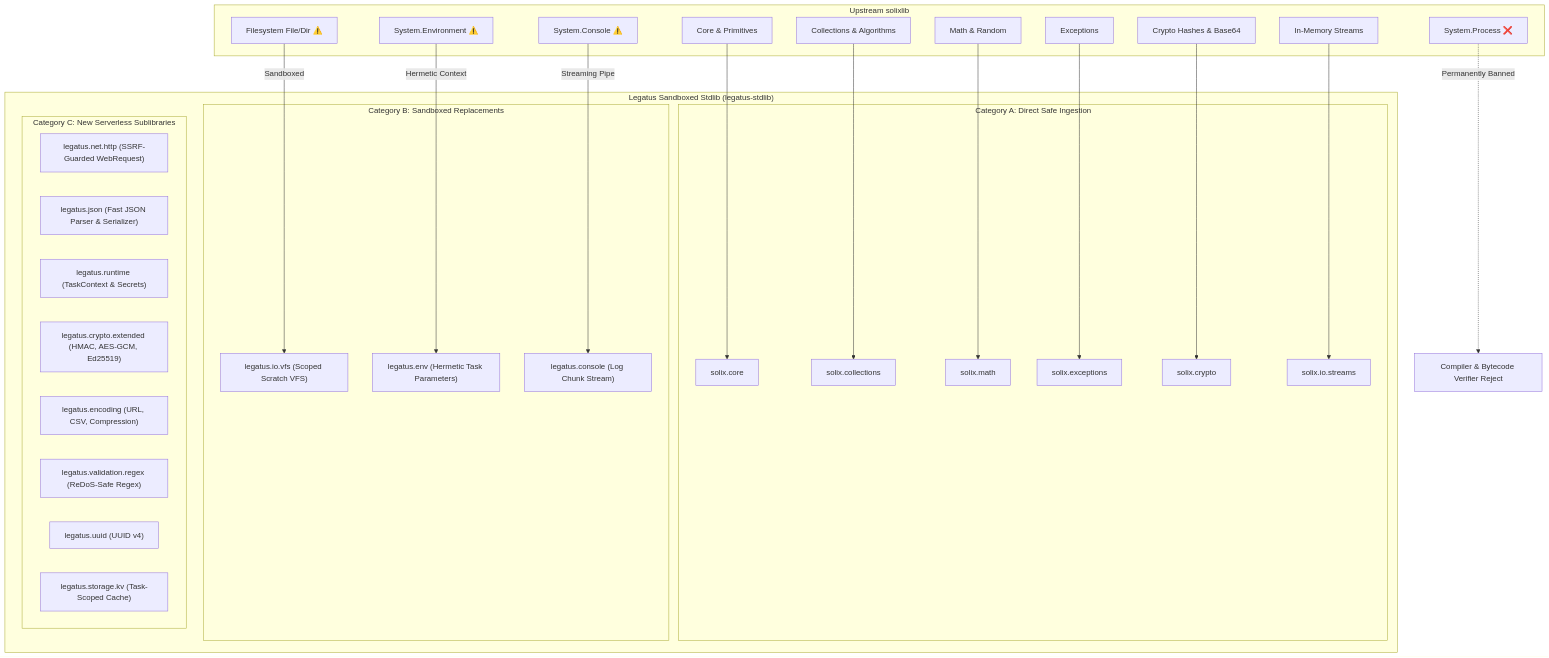
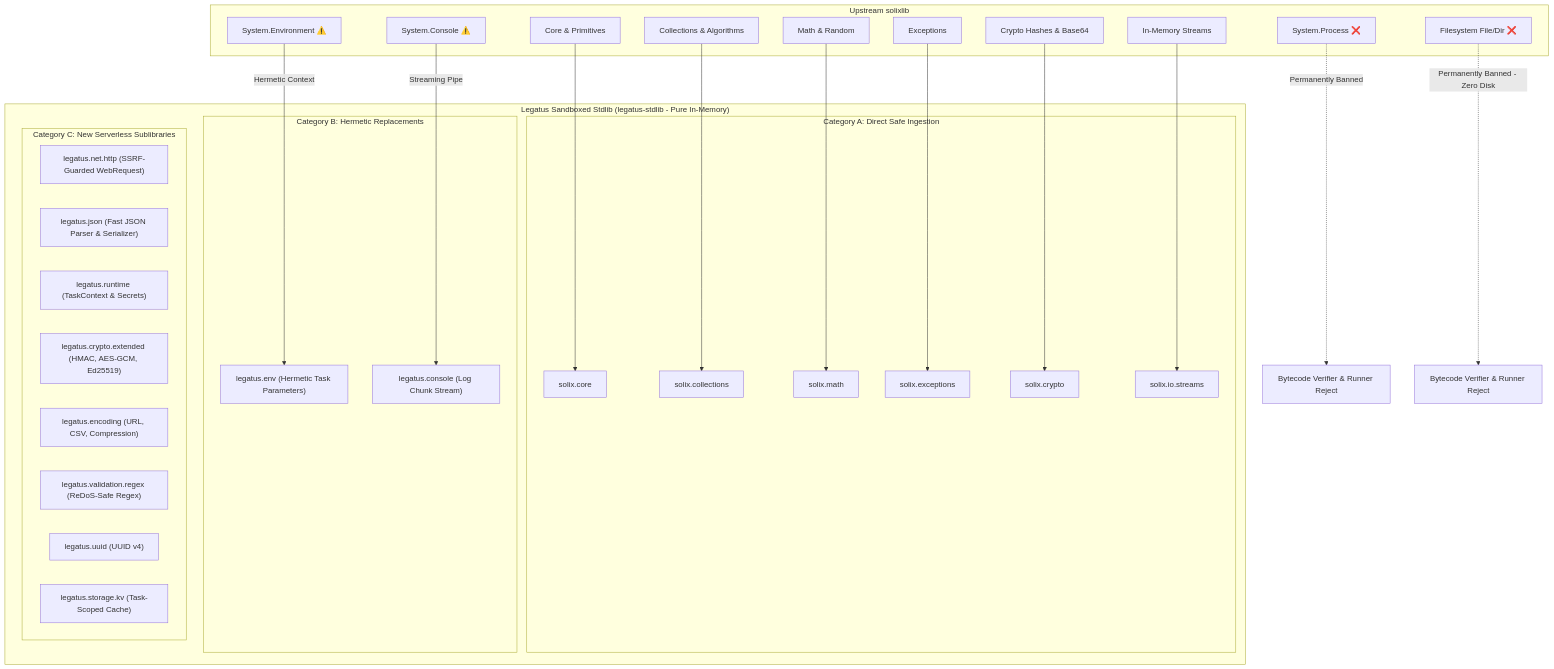
Before and after one commit to Jehudme/legatus: the first of 2 diagrams in docs/dev/milestones/006-worker-sandboxed-standard-library.md, drawn with Mermaid. The commit also changed other lines of this file and 5 other files, not shown here.

First line of the commit message:
docs(docs): establish milestones MS-007 through MS-010 and enforce pure in-memory compute in MS-006

````diff
--- a/docs/dev/milestones/006-worker-sandboxed-standard-library.md
+++ b/docs/dev/milestones/006-worker-sandboxed-standard-library.md
@@ -33,55 +34,54 @@
 ```mermaid
 graph TD
     subgraph Upstream ["Upstream solixlib"]
         SC[Core & Primitives]
         SCOL[Collections & Algorithms]
         SM[Math & Random]
         SE[Exceptions]
         SCR[Crypto Hashes & Base64]
         SIS[In-Memory Streams]
         SP[System.Process ❌]
-        SFS[Filesystem File/Dir ⚠️]
+        SFS[Filesystem File/Dir ❌]
         SENV[System.Environment ⚠️]
         SCON[System.Console ⚠️]
     end
 
-    subgraph LegatusStdlib ["Legatus Sandboxed Stdlib (legatus-stdlib)"]
+    subgraph LegatusStdlib ["Legatus Sandboxed Stdlib (legatus-stdlib - Pure In-Memory)"]
         subgraph InheritedSafe ["Category A: Direct Safe Ingestion"]
             LC[solix.core]
             LCOL[solix.collections]
             LM[solix.math]
             LE[solix.exceptions]
             LCR[solix.crypto]
             LIS[solix.io.streams]
         end
 
-        subgraph VirtualizedSafe ["Category B: Sandboxed Replacements"]
-            LVFS["legatus.io.vfs (Scoped Scratch VFS)"]
+        subgraph VirtualizedSafe ["Category B: Hermetic Replacements"]
             LENV["legatus.env (Hermetic Task Parameters)"]
             LCON["legatus.console (Log Chunk Stream)"]
         end
 
         subgraph NewServerless ["Category C: New Serverless Sublibraries"]
             LNET["legatus.net.http (SSRF-Guarded WebRequest)"]
             LJSON["legatus.json (Fast JSON Parser & Serializer)"]
             LCTX["legatus.runtime (TaskContext & Secrets)"]
             LXCR["legatus.crypto.extended (HMAC, AES-GCM, Ed25519)"]
             LENC["legatus.encoding (URL, CSV, Compression)"]
             LREG["legatus.validation.regex (ReDoS-Safe Regex)"]
             LUID["legatus.uuid (UUID v4)"]
             LKV["legatus.storage.kv (Task-Scoped Cache)"]
         end
     end
 
     SC --> LC
     SCOL --> LCOL
     SM --> LM
     SE --> LE
     SCR --> LCR
     SIS --> LIS
 
-    SP -.->|Permanently Banned| Blocked[Compiler & Bytecode Verifier Reject]
-    SFS -->|Sandboxed| LVFS
+    SP -.->|Permanently Banned| BlockedP[Bytecode Verifier & Runner Reject]
+    SFS -.->|Permanently Banned - Zero Disk| BlockedFS[Bytecode Verifier & Runner Reject]
     SENV -->|Hermetic Context| LENV
     SCON -->|Streaming Pipe| LCON
 ```
````
